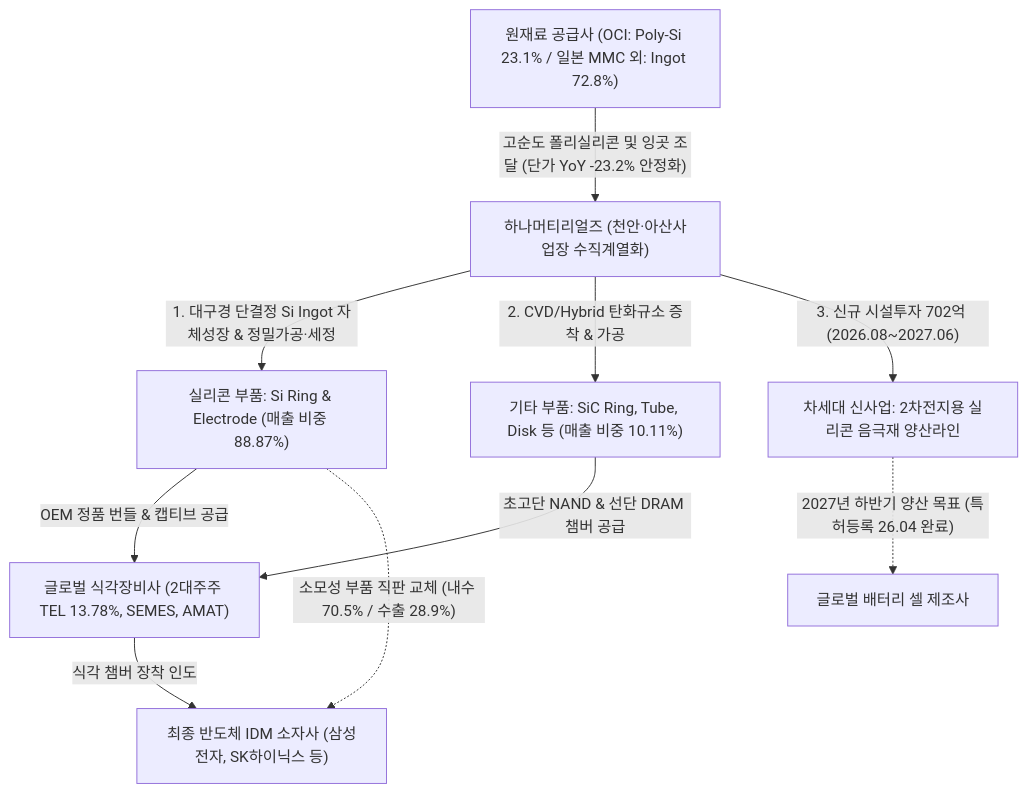
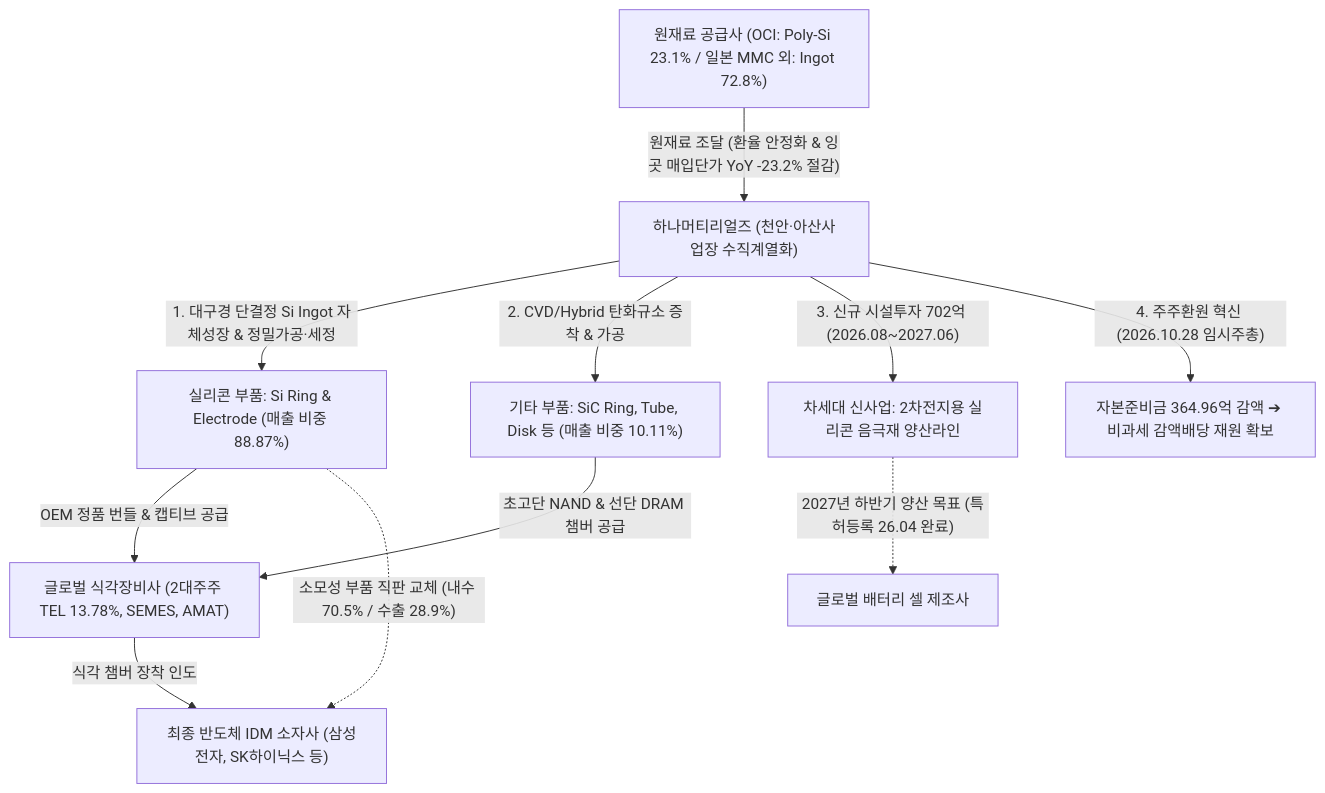
The diagram in Stock_Research/하나머티리얼즈/3_Final_Reports/Phase1_Report.md (eve830521-cmd/my-skill), drawn with Mermaid before and after one commit. The commit also changed other lines of this file and 37 other files, not shown here.

````diff
--- a/Stock_Research/하나머티리얼즈/3_Final_Reports/Phase1_Report.md
+++ b/Stock_Research/하나머티리얼즈/3_Final_Reports/Phase1_Report.md
@@ -31,12 +36,13 @@
 ```mermaid
 graph TD
-    A["원재료 공급사 (OCI: Poly-Si 23.1% / 일본 MMC 외: Ingot 72.8%)"] -->|"고순도 폴리실리콘 및 잉곳 조달 (단가 YoY -23.2% 안정화)"| B["하나머티리얼즈 (천안·아산사업장 수직계열화)"]
+    A["원재료 공급사 (OCI: Poly-Si 23.1% / 일본 MMC 외: Ingot 72.8%)"] -->|"원재료 조달 (환율 안정화 & 잉곳 매입단가 YoY -23.2% 절감)"| B["하나머티리얼즈 (천안·아산사업장 수직계열화)"]
     B -->|"1. 대구경 단결정 Si Ingot 자체성장 & 정밀가공·세정"| C["실리콘 부품: Si Ring & Electrode (매출 비중 88.87%)"]
     B -->|"2. CVD/Hybrid 탄화규소 증착 & 가공"| D["기타 부품: SiC Ring, Tube, Disk 등 (매출 비중 10.11%)"]
     B -->|"3. 신규 시설투자 702억 (2026.08~2027.06)"| E["차세대 신사업: 2차전지용 실리콘 음극재 양산라인"]
+    B -->|"4. 주주환원 혁신 (2026.10.28 임시주총)"| I["자본준비금 364.96억 감액 ➔ 비과세 감액배당 재원 확보"]
     C -->|"OEM 정품 번들 & 캡티브 공급"| F["글로벌 식각장비사 (2대주주 TEL 13.78%, SEMES, AMAT)"]
     D -->|"초고단 NAND & 선단 DRAM 챔버 공급"| F
     F -->|"식각 챔버 장착 인도"| G["최종 반도체 IDM 소자사 (삼성전자, SK하이닉스 등)"]
     C -. "소모성 부품 직판 교체 (내수 70.5% / 수출 28.9%)" .-> G
     E -. "2027년 하반기 양산 목표 (특허등록 26.04 완료)" .-> H["글로벌 배터리 셀 제조사"]
 ```
````
